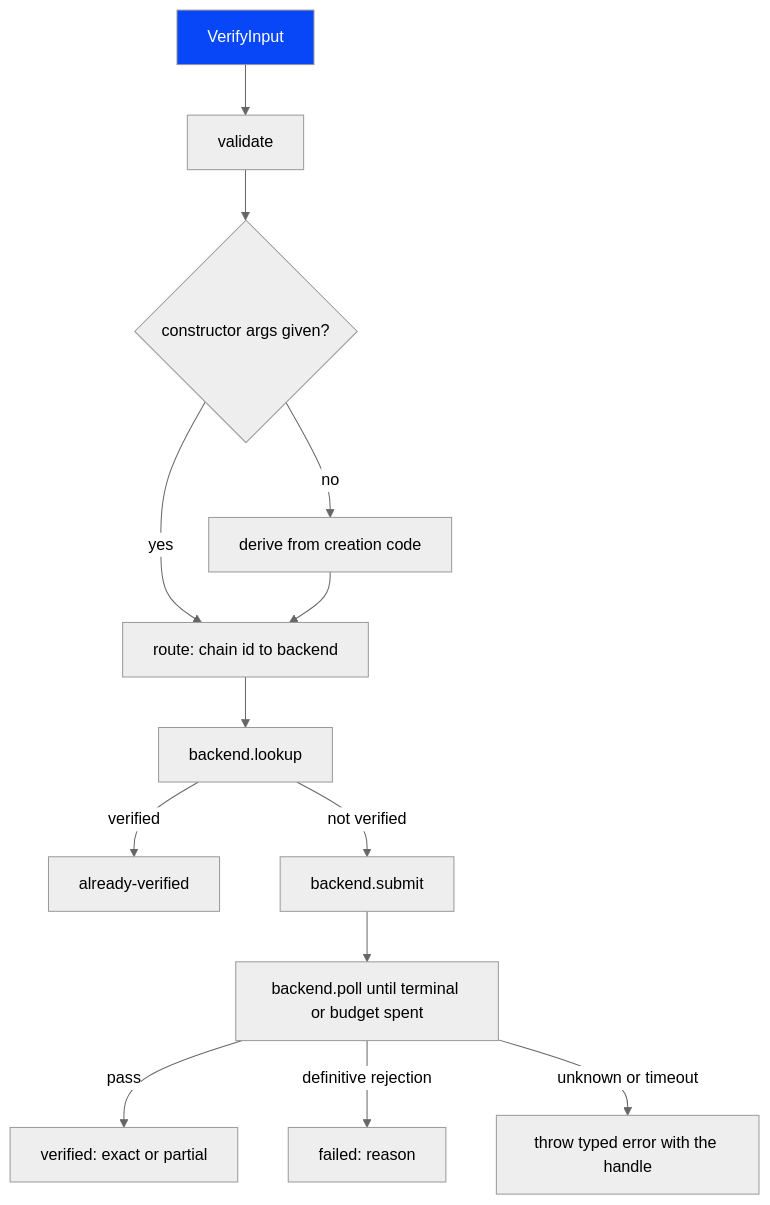
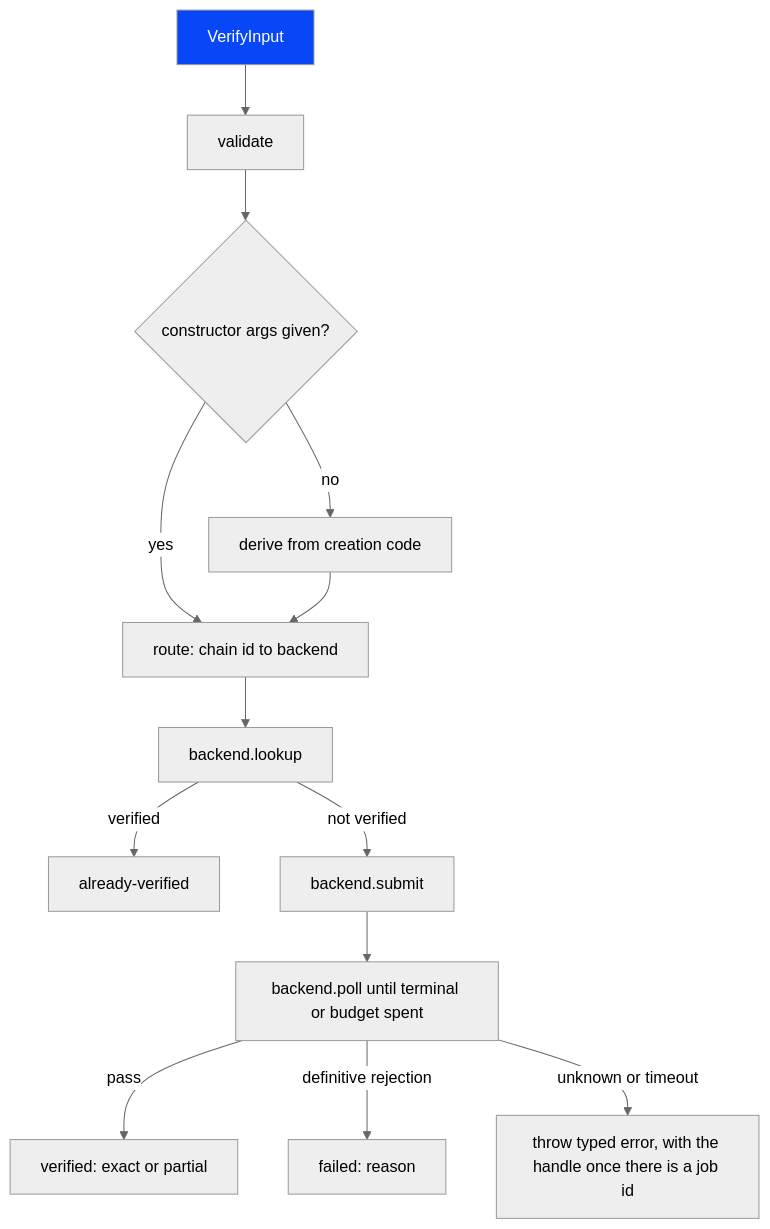
The first of 2 diagrams in docs/contributor/architecture.md (aelmanaa/explorer-verify), drawn with Mermaid (neutral theme) before and after one commit. The commit also changed other lines of this file and 19 other files, not shown here.

First line of the commit message:
feat(core): settle VerifyOptions, Handle and the error shape (#33)

````diff
--- a/docs/contributor/architecture.md
+++ b/docs/contributor/architecture.md
@@ -82,16 +98,16 @@
 ```mermaid
 flowchart TD
   A[VerifyInput] --> B[validate]
   B --> C{constructor args given?}
   C -- no --> D[derive from creation code]
   C -- yes --> E[route: chain id to backend]
   D --> E
   E --> F[backend.lookup]
   F -- verified --> G[already-verified]
   F -- not verified --> H[backend.submit]
   H --> I[backend.poll until terminal or budget spent]
   I -- pass --> J[verified: exact or partial]
   I -- definitive rejection --> K[failed: reason]
-  I -- unknown or timeout --> L[throw typed error with the handle]
+  I -- unknown or timeout --> L[throw typed error, with the handle once there is a job id]
   style A fill:#0847F7,color:#fff
 ```
````
